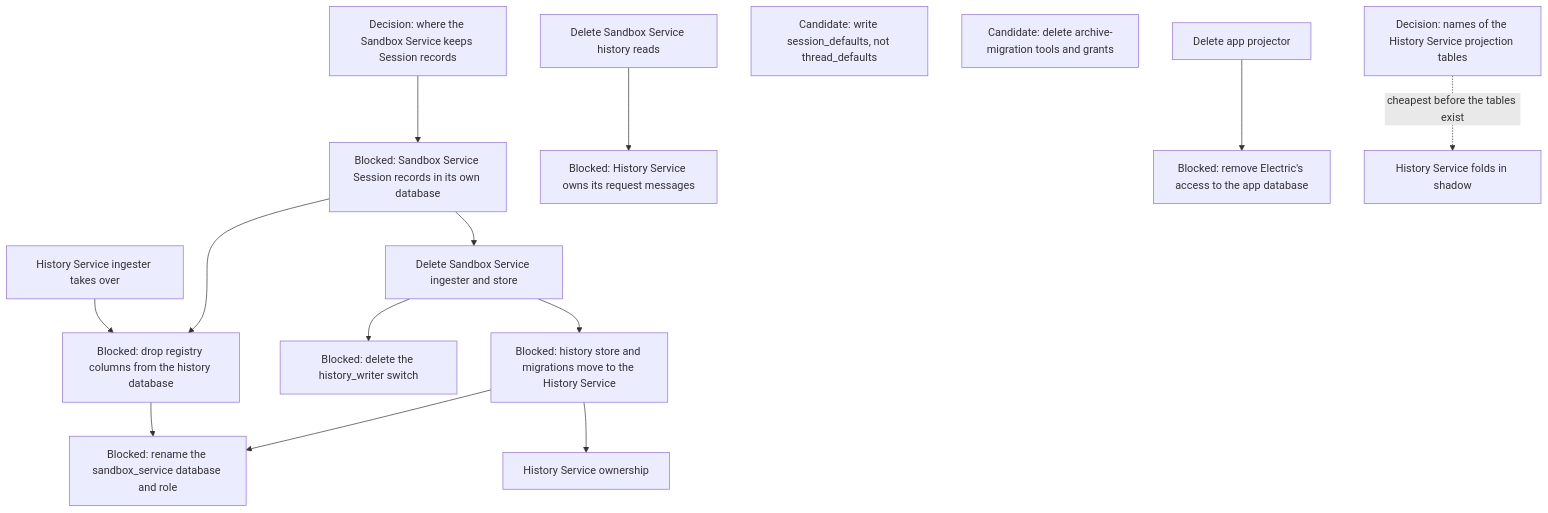
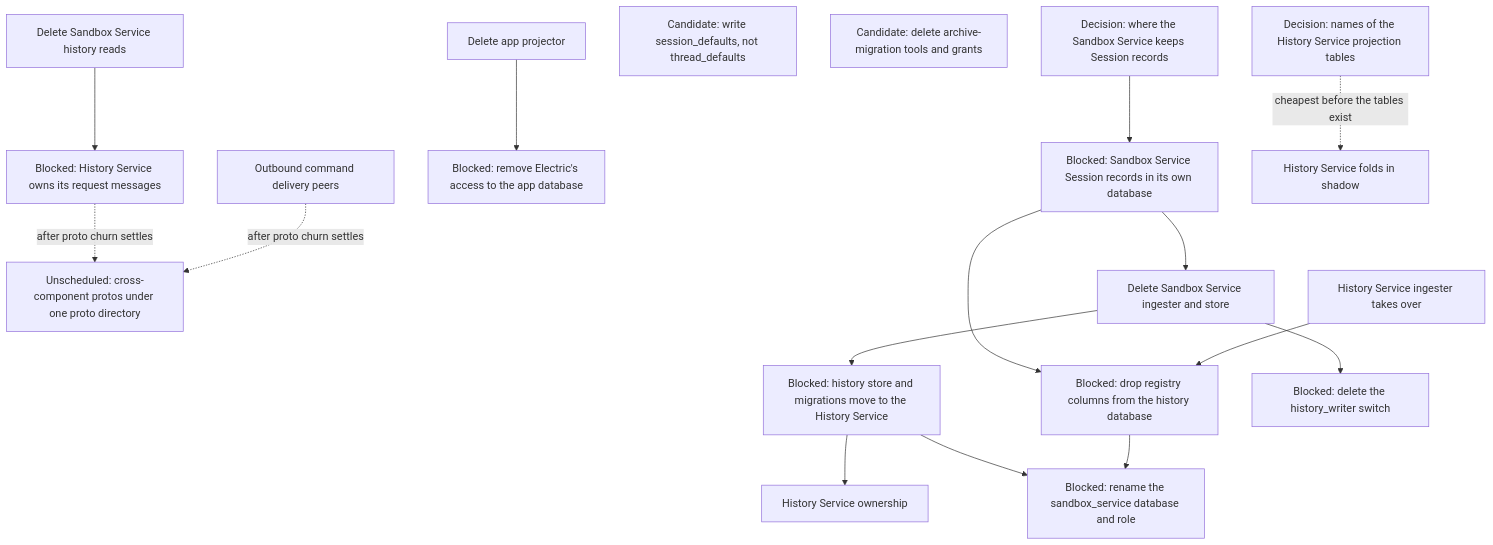
The tenth of 10 diagrams in agentplane/plans/task_dag.md (agentydragon/ducktape), drawn with Mermaid before and after one commit. The commit also changed other lines of this file, not shown here.

First line of the commit message:
agentplane: task DAG — unscheduled proto directory cleanup

````diff
--- a/agentplane/plans/task_dag.md
+++ b/agentplane/plans/task_dag.md
@@ -981,32 +981,36 @@
 ```mermaid
 flowchart TD
     SESSION_REGISTRY_PLACEMENT[Decision: where the Sandbox Service keeps Session records]
     SESSION_REGISTRY_MOVE[Blocked: Sandbox Service Session records in its own database]
     HISTORY_SESSION_COLUMNS_DROP[Blocked: drop registry columns from the history database]
     HISTORY_STORE_MOVE[Blocked: history store and migrations move to the History Service]
     HISTORY_WRITER_SWITCH_RETIRE[Blocked: delete the history_writer switch]
     HISTORY_DATABASE_RENAME[Blocked: rename the sandbox_service database and role]
     HISTORY_PROTO_OWNERSHIP[Blocked: History Service owns its request messages]
     HISTORY_PROJECTION_NAMING[Decision: names of the History Service projection tables]
     APP_ELECTRIC_RETIRE[Blocked: remove Electric's access to the app database]
     SANDBOX_BINDING_ANNOTATION_RENAME[Candidate: write session_defaults, not thread_defaults]
     MIGRATION_TOOLING_RETIRE[Candidate: delete archive-migration tools and grants]
+    PROTO_DIRECTORY[Unscheduled: cross-component protos under one proto directory]
+    RUNNER_OUTBOUND_CHANNEL[Outbound command delivery peers]
     HISTORY_WRITE_HANDOFF[History Service ingester takes over]
     SANDBOX_HISTORY_READS_RETIRE[Delete Sandbox Service history reads]
     SANDBOX_LOCAL_HISTORY_RETIRE[Delete Sandbox Service ingester and store]
     FOLD_SHADOW[History Service folds in shadow]
     APP_PROJECTOR_RETIRE[Delete app projector]
     HISTORY_SERVICE_OWNERSHIP[History Service ownership]
     SESSION_REGISTRY_PLACEMENT --> SESSION_REGISTRY_MOVE
     SESSION_REGISTRY_MOVE --> SANDBOX_LOCAL_HISTORY_RETIRE
     SESSION_REGISTRY_MOVE --> HISTORY_SESSION_COLUMNS_DROP
     HISTORY_WRITE_HANDOFF --> HISTORY_SESSION_COLUMNS_DROP
     SANDBOX_LOCAL_HISTORY_RETIRE --> HISTORY_STORE_MOVE
     SANDBOX_LOCAL_HISTORY_RETIRE --> HISTORY_WRITER_SWITCH_RETIRE
     HISTORY_STORE_MOVE --> HISTORY_SERVICE_OWNERSHIP
     HISTORY_STORE_MOVE --> HISTORY_DATABASE_RENAME
     HISTORY_SESSION_COLUMNS_DROP --> HISTORY_DATABASE_RENAME
     SANDBOX_HISTORY_READS_RETIRE --> HISTORY_PROTO_OWNERSHIP
     HISTORY_PROJECTION_NAMING -. cheapest before the tables exist .-> FOLD_SHADOW
     APP_PROJECTOR_RETIRE --> APP_ELECTRIC_RETIRE
+    HISTORY_PROTO_OWNERSHIP -. after proto churn settles .-> PROTO_DIRECTORY
+    RUNNER_OUTBOUND_CHANNEL -. after proto churn settles .-> PROTO_DIRECTORY
 ```
````
